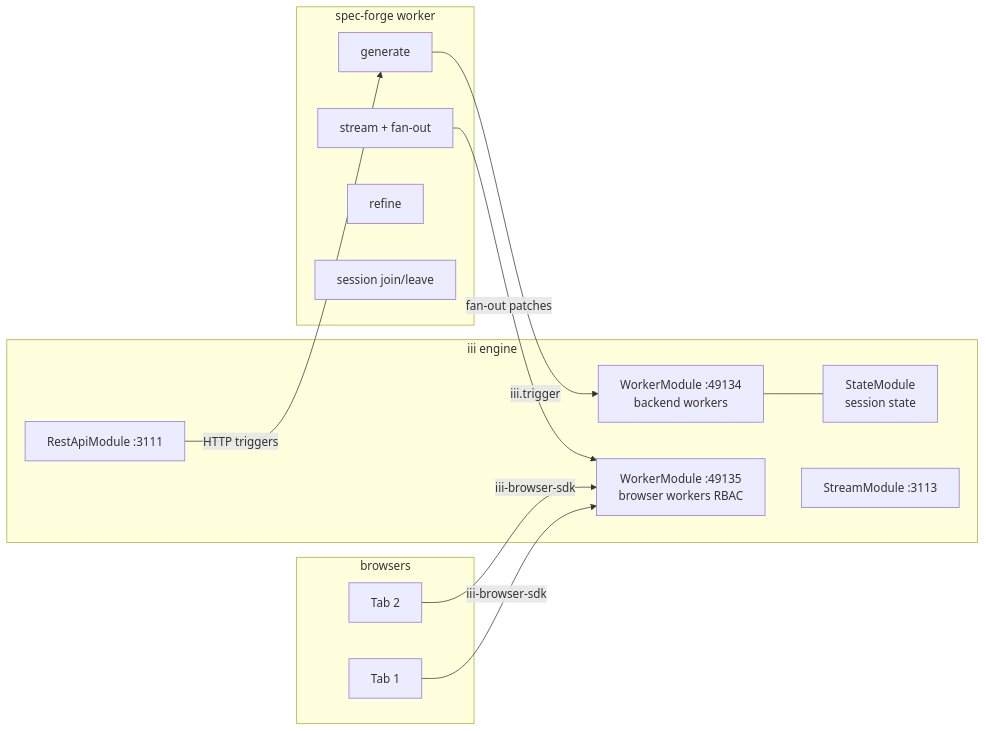
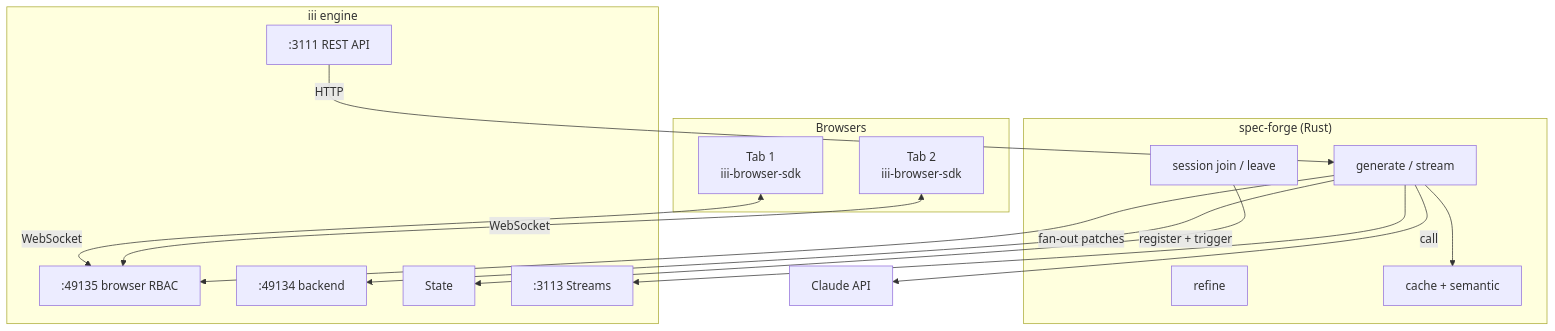
Before and after one commit to iii-hq/spec-forge: the second of 2 diagrams in README.md, drawn with Mermaid. The commit also changed other lines of this file and 13 other files, not shown here.

````diff
--- a/README.md
+++ b/README.md
@@ -155,29 +150,33 @@
 ```mermaid
-graph LR
-    subgraph iii engine
-        API[RestApiModule :3111]
-        W1[WorkerModule :49134<br/>backend workers]
-        W2[WorkerModule :49135<br/>browser workers RBAC]
-        ST[StateModule<br/>session state]
-        SM[StreamModule :3113]
+graph TD
+    subgraph Browsers
+        B1[Tab 1<br/>iii-browser-sdk]
+        B2[Tab 2<br/>iii-browser-sdk]
     end
 
-    subgraph spec-forge worker
-        GEN[generate]
-        STR[stream + fan-out]
-        REF[refine]
-        SES[session join/leave]
+    subgraph Engine["iii engine"]
+        W2[":49135 browser RBAC"]
+        API[":3111 REST API"]
+        W1[":49134 backend"]
+        ST[State]
+        SM[":3113 Streams"]
     end
 
-    subgraph browsers
-        B1[Tab 1]
-        B2[Tab 2]
+    subgraph Worker["spec-forge (Rust)"]
+        GEN[generate / stream]
+        REF[refine]
+        SES[session join / leave]
+        CACHE[cache + semantic]
     end
 
-    B1 -->|iii-browser-sdk| W2
-    B2 -->|iii-browser-sdk| W2
-    GEN -->|iii.trigger| W1
-    STR -->|fan-out patches| W2
-    W1 --- ST
-    API -->|HTTP triggers| GEN
+    CLAUDE[Claude API]
+
+    B1 & B2 <-->|WebSocket| W2
+    API -->|HTTP| GEN
+    GEN -->|register + trigger| W1
+    GEN -->|call| CLAUDE
+    GEN -->|fan-out patches| W2
+    SES --> ST
+    GEN --> SM
+    GEN --> CACHE
 ```
````
